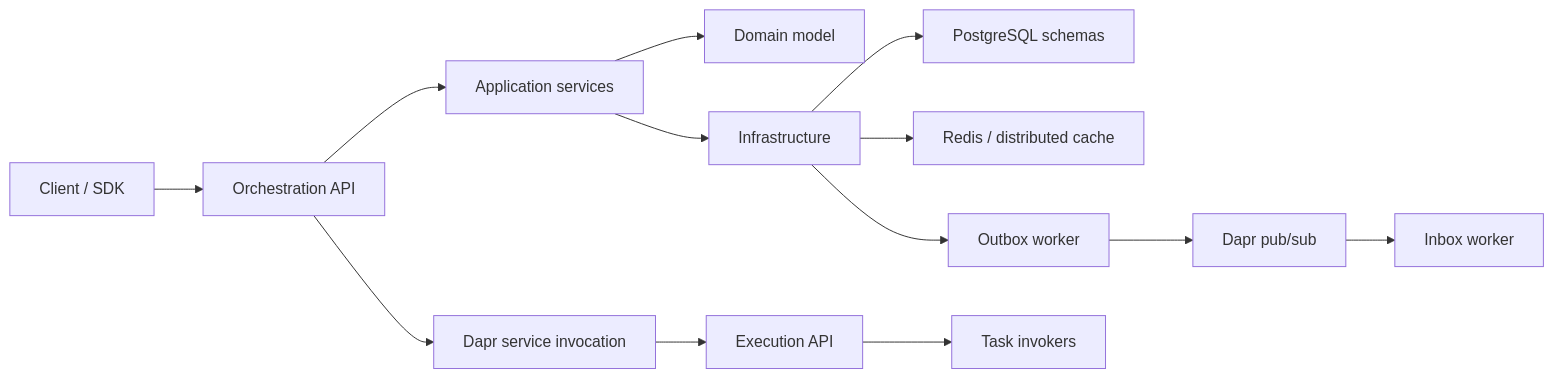
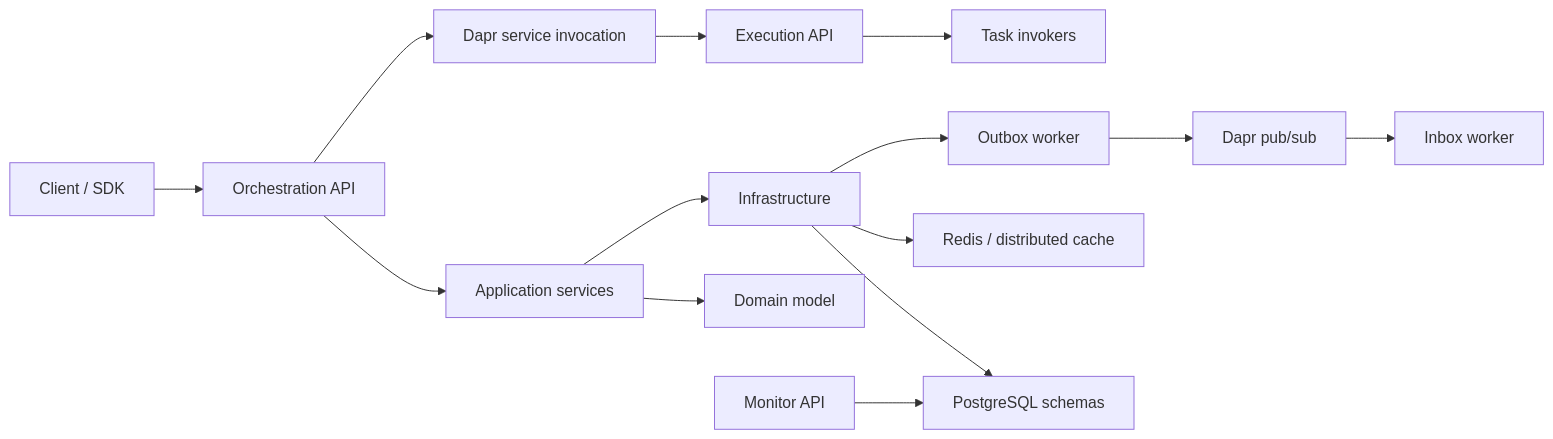
Before and after one commit to burgan-tech/vnext: the diagram in docs/architecture/system-overview.md, drawn with Mermaid. The commit also changed other lines of this file and 43 other files, not shown here.

````diff
--- a/docs/architecture/system-overview.md
+++ b/docs/architecture/system-overview.md
@@ -22,15 +23,16 @@
 ```mermaid
 flowchart LR
     Client["Client / SDK"] --> Orch["Orchestration API"]
     Orch --> App["Application services"]
     App --> Domain["Domain model"]
     App --> Infra["Infrastructure"]
     Infra --> Db["PostgreSQL schemas"]
     Infra --> Cache["Redis / distributed cache"]
     Orch --> Dapr["Dapr service invocation"]
     Dapr --> Exec["Execution API"]
     Exec --> Invokers["Task invokers"]
+    Monitor["Monitor API"] --> Db
     Infra --> Outbox["Outbox worker"]
     Outbox --> PubSub["Dapr pub/sub"]
     PubSub --> Inbox["Inbox worker"]
 ```
````
